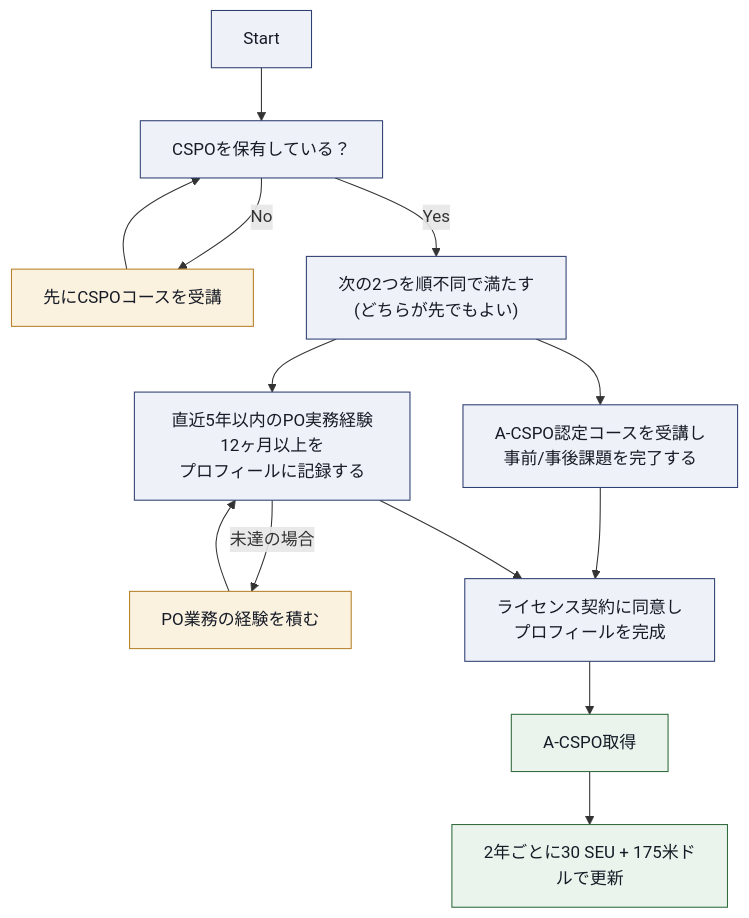
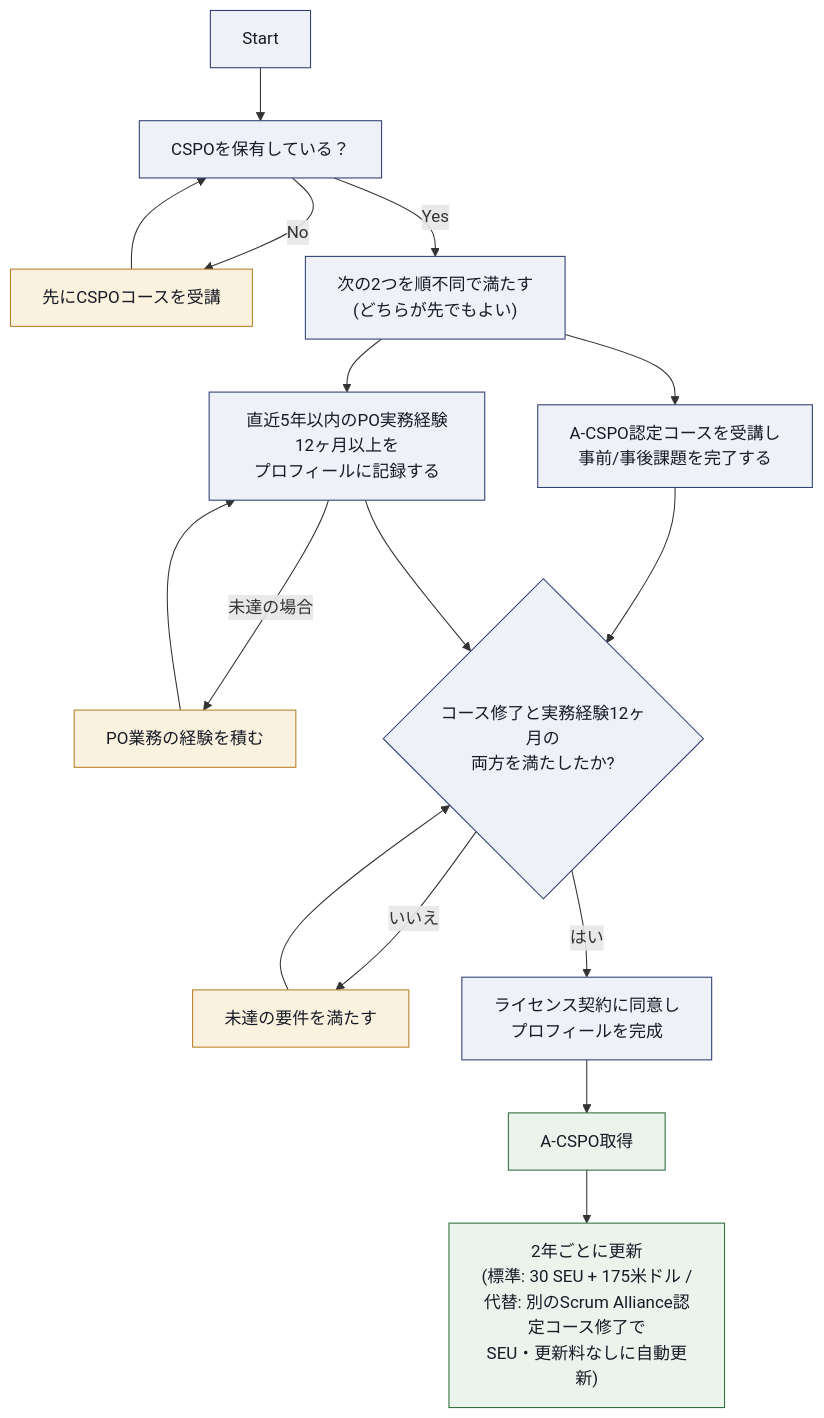
One commit to myoshi2891/Management-Team-Building-Studies changed the second of 17 diagrams in A-cspo-advanced-certified-scrum-product-owner-study-guide.md. Above: the diagram before and after it, drawn with Mermaid. The commit also changed other lines of this file, not shown here.

````diff
--- a/A-cspo-advanced-certified-scrum-product-owner-study-guide.md
+++ b/A-cspo-advanced-certified-scrum-product-owner-study-guide.md
@@ -100,22 +100,25 @@
 ```mermaid
 flowchart TD
     S["Start"] --> A["CSPOを保有している？"]
     A -- No --> A1["先にCSPOコースを受講"]
     A1 --> A
     A -- Yes --> P["次の2つを順不同で満たす<br/>(どちらが先でもよい)"]
     P --> C["A-CSPO認定コースを受講し<br/>事前/事後課題を完了する"]
     P --> B["直近5年以内のPO実務経験12ヶ月以上を<br/>プロフィールに記録する"]
     B -- 未達の場合 --> B1["PO業務の経験を積む"]
     B1 --> B
-    C --> E["ライセンス契約に同意し<br/>プロフィールを完成"]
-    B --> E
+    C --> GATE{"コース修了と実務経験12ヶ月の<br/>両方を満たしたか?"}
+    B --> GATE
+    GATE -- いいえ --> W["未達の要件を満たす"]
+    W --> GATE
+    GATE -- はい --> E["ライセンス契約に同意し<br/>プロフィールを完成"]
     E --> F["A-CSPO取得"]
-    F --> G["2年ごとに30 SEU + 175米ドルで更新"]
+    F --> G["2年ごとに更新<br/>(標準: 30 SEU + 175米ドル /<br/>代替: 別のScrum Alliance認定コース修了で<br/>SEU・更新料なしに自動更新)"]
 
     classDef box fill:#EEF1F8,stroke:#2E3F72,color:#161B26
     classDef hub fill:#FAF1DF,stroke:#B8802A,color:#161B26
     classDef done fill:#EAF4EC,stroke:#2F6B3D,color:#161B26
-    class S,A,P,B,C,E box
-    class A1,B1 hub
+    class S,A,P,B,C,GATE,E box
+    class A1,B1,W hub
     class F,G done
 ```
````
